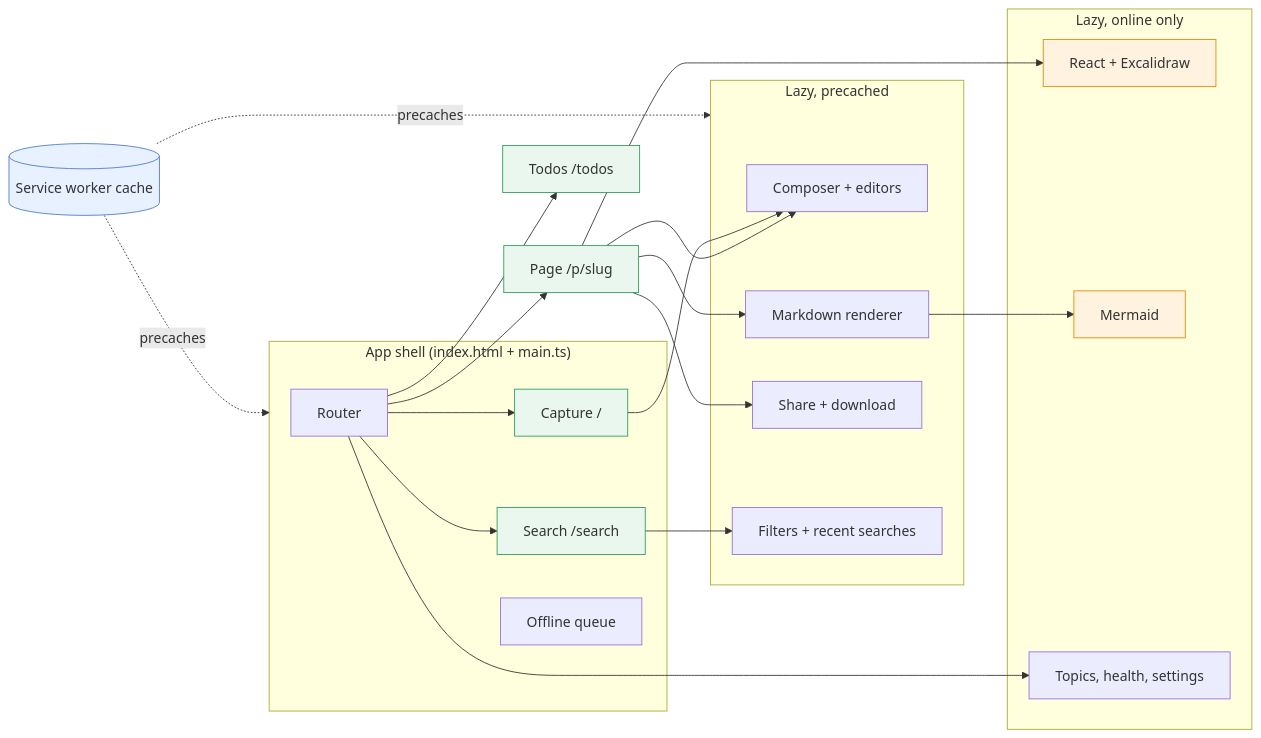
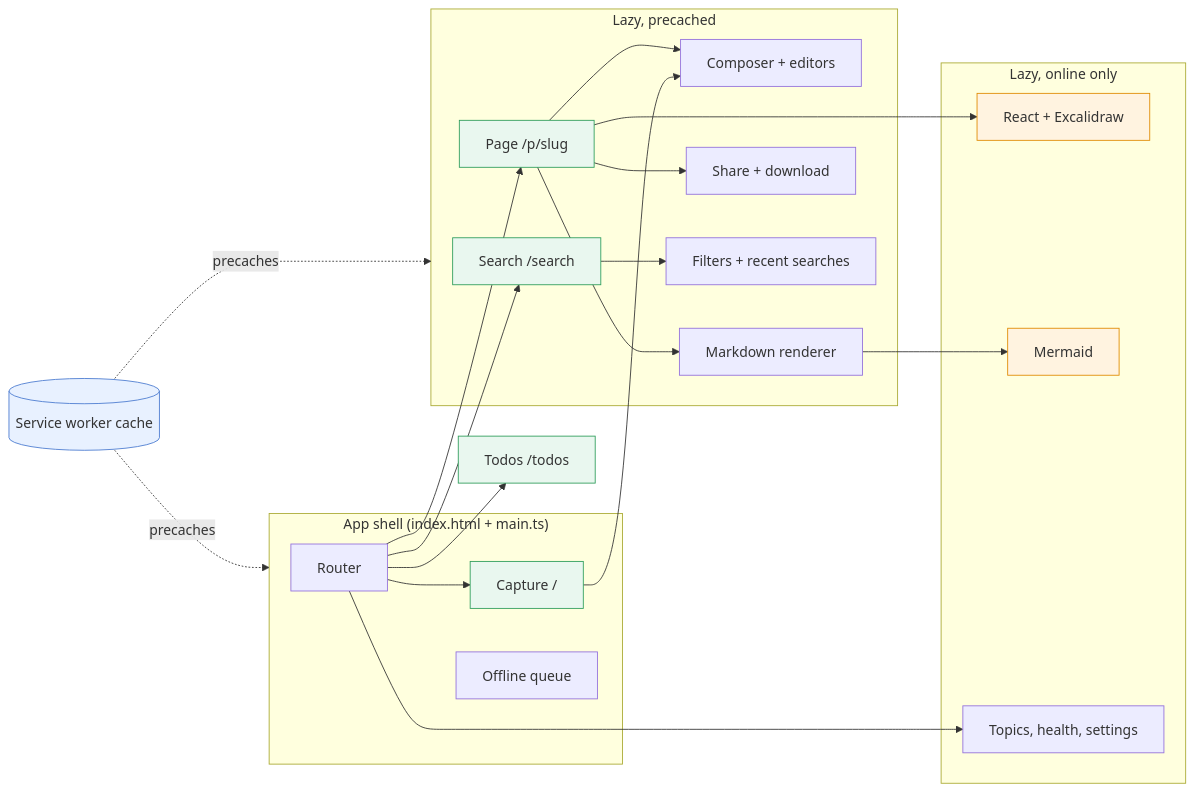
Before and after one commit to gilesknap/scrap: the first of 2 diagrams in docs/explanations/architecture/frontend-pwa.md, drawn with Mermaid. The commit also changed other lines of this file and 44 other files, not shown here.

````diff
--- a/docs/explanations/architecture/frontend-pwa.md
+++ b/docs/explanations/architecture/frontend-pwa.md
@@ -13,39 +13,39 @@
 ```mermaid
 flowchart LR
     subgraph shell["App shell (index.html + main.ts)"]
         router["Router"]
         capture["Capture /"]
-        search["Search /search"]
         queue["Offline queue"]
     end
     todos["Todos /todos"]
-    page["Page /p/slug"]
     subgraph offline["Lazy, precached"]
+        search["Search /search"]
+        page["Page /p/slug"]
         composer["Composer + editors"]
         render["Markdown renderer"]
         sharing["Share + download"]
         refine["Filters + recent searches"]
     end
     subgraph online["Lazy, online only"]
         board["React + Excalidraw"]
         mermaid["Mermaid"]
         other["Topics, health, settings"]
     end
     sw[("Service worker cache")]
 
     router --> capture & search & todos & page
     page --> composer & render & sharing & board
     capture --> composer
     search --> refine
     render --> mermaid
     router --> other
     sw -. precaches .-> shell
     sw -. precaches .-> offline
 
     classDef store fill:#e8f1ff,stroke:#4a7bd0;
     classDef user fill:#e9f7ef,stroke:#2e9d5b;
     classDef claude fill:#fff3e0,stroke:#e08a00;
     class sw store
     class capture,search,todos,page user
     class board,mermaid claude
 ```
````
